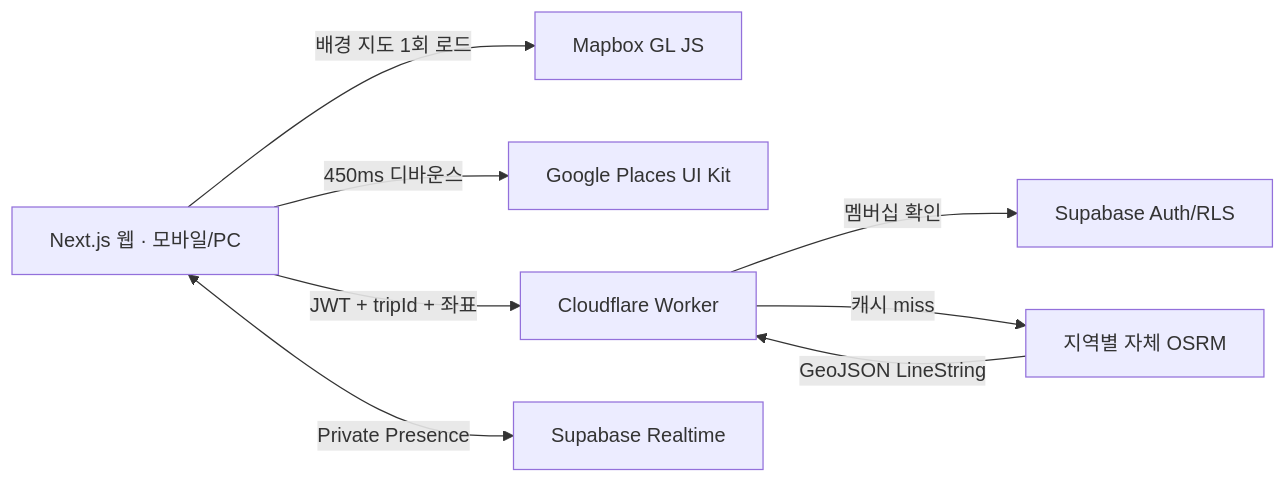
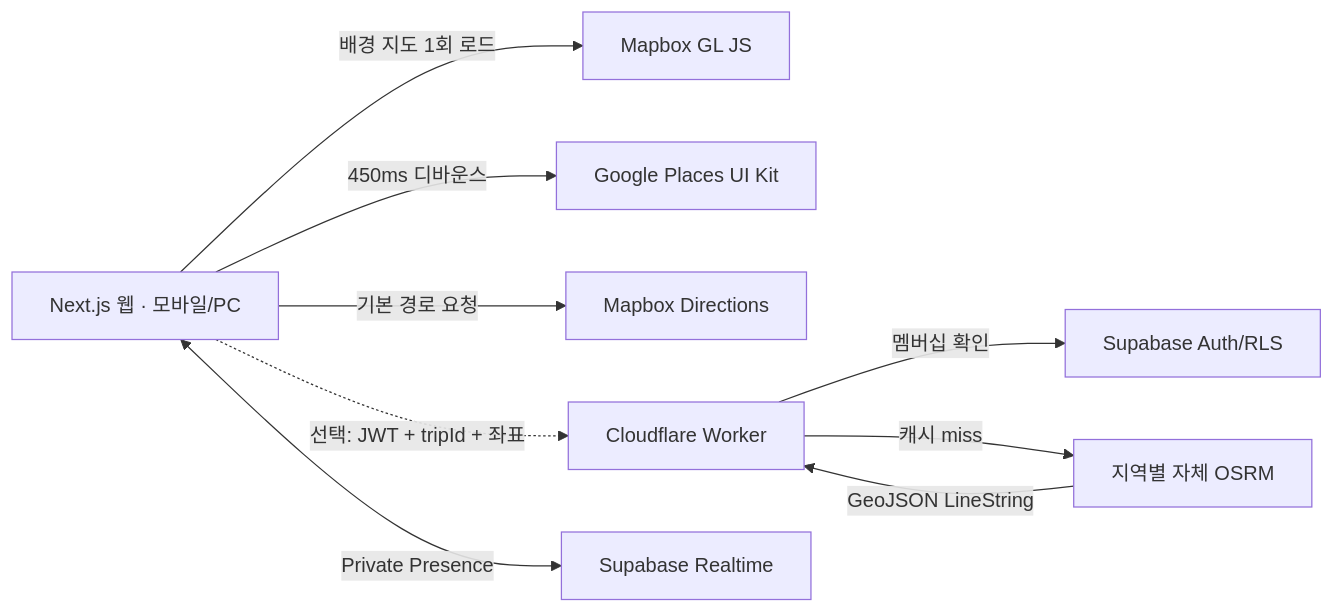
One commit to VictorJoo/into-the-blue changed the diagram in docs/value-map-architecture.md. Above: the diagram before and after it, drawn with Mermaid. The commit also changed other lines of this file and 4 other files, not shown here.

Commit message:
feat: use Mapbox Directions by default

````diff
--- a/docs/value-map-architecture.md
+++ b/docs/value-map-architecture.md
@@ -7,10 +7,11 @@
 ```mermaid
 flowchart LR
   B["Next.js 웹 · 모바일/PC"] -->|"배경 지도 1회 로드"| M["Mapbox GL JS"]
   B -->|"450ms 디바운스"| P["Google Places UI Kit"]
-  B -->|"JWT + tripId + 좌표"| W["Cloudflare Worker"]
+  B -->|"기본 경로 요청"| D["Mapbox Directions"]
+  B -. "선택: JWT + tripId + 좌표" .-> W["Cloudflare Worker"]
   W -->|"멤버십 확인"| S["Supabase Auth/RLS"]
   W -->|"캐시 miss"| O["지역별 자체 OSRM"]
   O -->|"GeoJSON LineString"| W
   B <-->|"Private Presence"| R["Supabase Realtime"]
 ```
````
